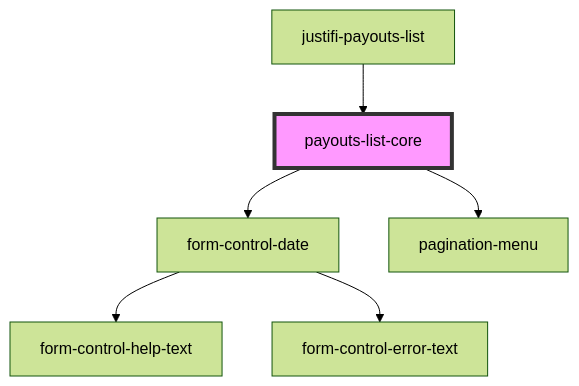
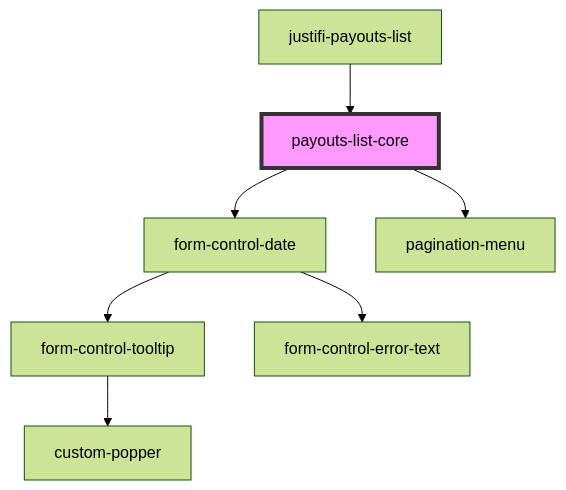
One commit to justifi-tech/web-component-library changed the diagram in packages/webcomponents/src/components/payouts-list/readme.md. Above: the diagram before and after it, drawn with Mermaid (forest theme). The commit also changed 15 other files, not shown here.

Commit message:
Remove semi-colon from tooltip text, update readme files

````diff
--- a/packages/webcomponents/src/components/payouts-list/readme.md
+++ b/packages/webcomponents/src/components/payouts-list/readme.md
@@ -48,9 +48,10 @@
 ```mermaid
 graph TD;
   payouts-list-core --> form-control-date
   payouts-list-core --> pagination-menu
-  form-control-date --> form-control-help-text
+  form-control-date --> form-control-tooltip
   form-control-date --> form-control-error-text
+  form-control-tooltip --> custom-popper
   justifi-payouts-list --> payouts-list-core
   style payouts-list-core fill:#f9f,stroke:#333,stroke-width:4px
 ```
````
